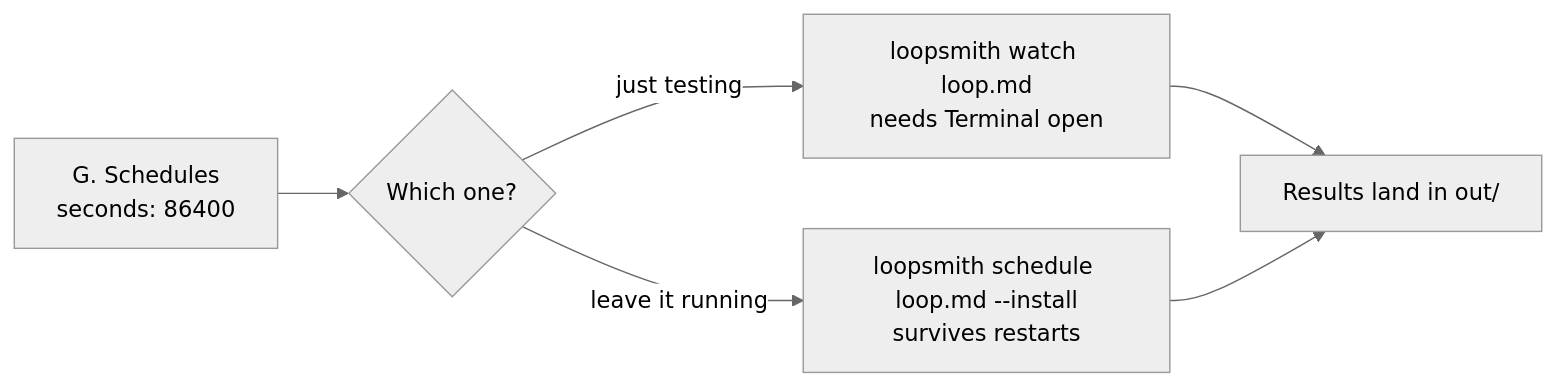
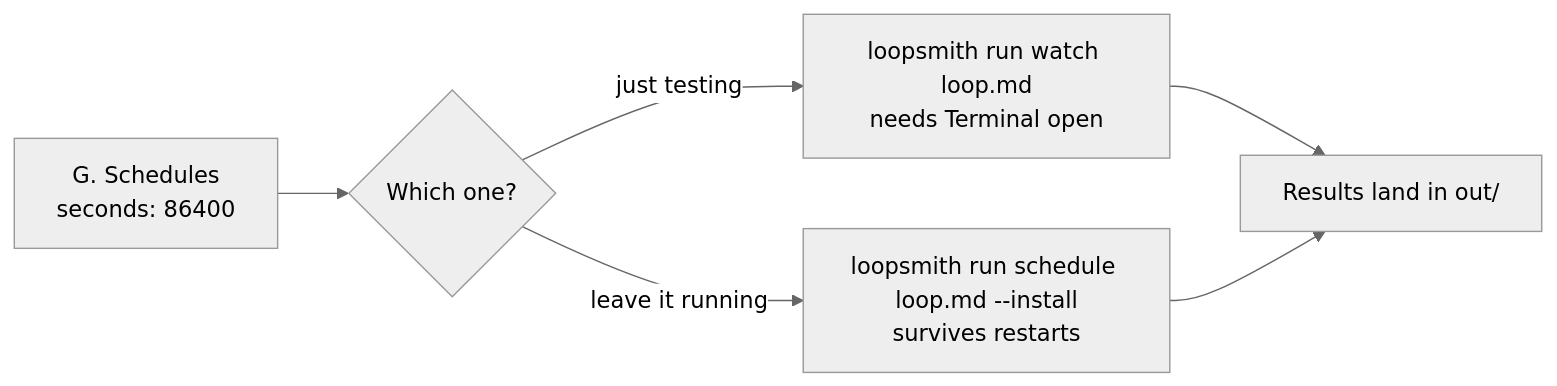
The third of 3 diagrams in README-FOR-DUMMIES.md (bitphill/loopsmith), drawn with Mermaid (neutral theme) before and after one commit. The commit also changed other lines of this file and 33 other files, not shown here.

````diff
--- a/README-FOR-DUMMIES.md
+++ b/README-FOR-DUMMIES.md
@@ -431,8 +431,8 @@
 ```mermaid
 flowchart LR
     A["G. Schedules<br/>seconds: 86400"] --> B{"Which one?"}
-    B -->|just testing| C["loopsmith watch loop.md<br/>needs Terminal open"]
-    B -->|leave it running| D["loopsmith schedule loop.md --install<br/>survives restarts"]
+    B -->|just testing| C["loopsmith run watch loop.md<br/>needs Terminal open"]
+    B -->|leave it running| D["loopsmith run schedule loop.md --install<br/>survives restarts"]
     C --> E["Results land in out/"]
     D --> E
 ```
````
